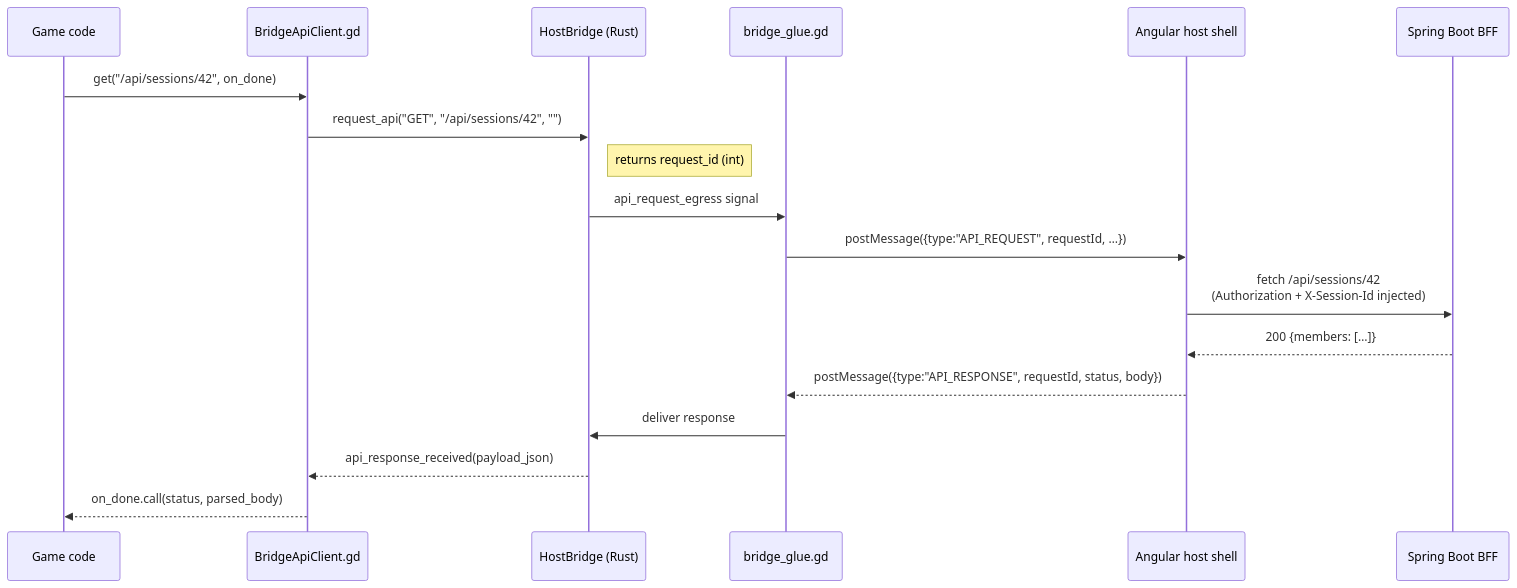
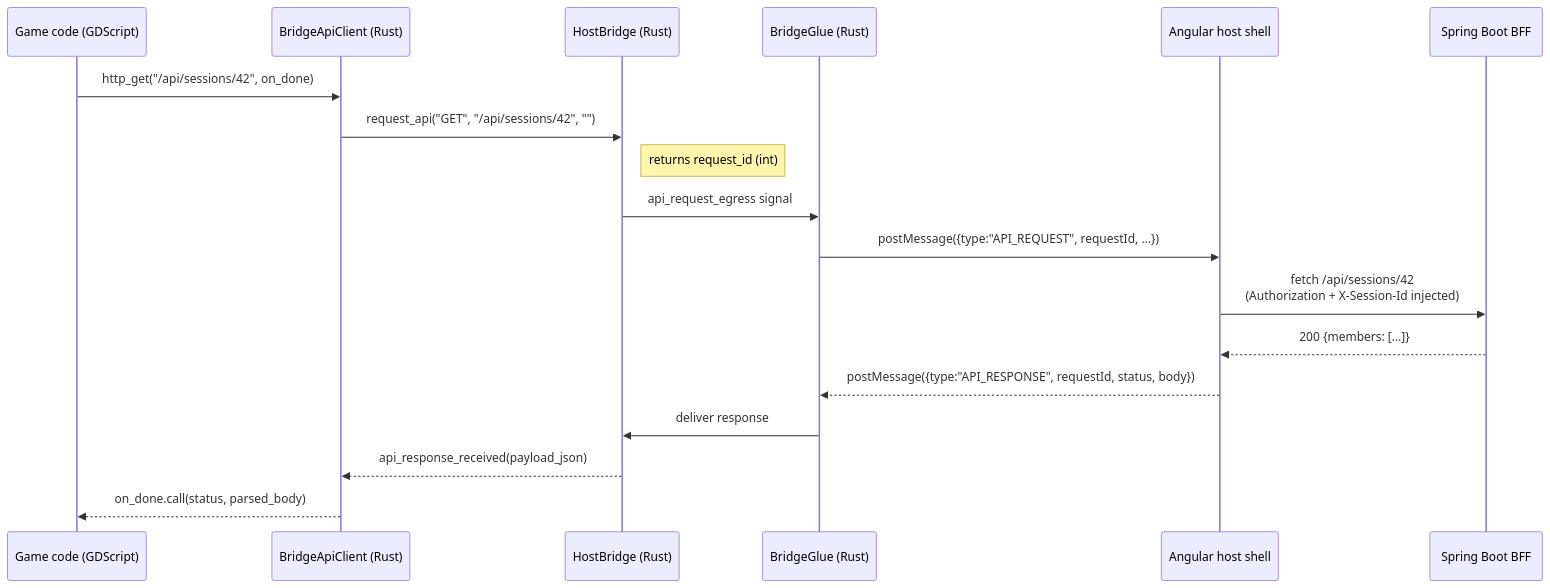
Before and after one commit to hugmesh/hugmesh-games: the diagram in extensions/snapdragon-bridge/addons/snapdragon_bridge/README.md, drawn with Mermaid. The commit also changed other lines of this file and 18 other files, not shown here.

First line of the commit message:
docs+fixes: comprehensive refresh (README/status/diagrams/TODOs) + dead code cleanup + issue fixes (#121)

````diff
--- a/extensions/snapdragon-bridge/addons/snapdragon_bridge/README.md
+++ b/extensions/snapdragon-bridge/addons/snapdragon_bridge/README.md
@@ -42,21 +51,21 @@
 ```mermaid
 sequenceDiagram
-    participant Game as Game code
-    participant BAC as BridgeApiClient.gd
+    participant Game as Game code (GDScript)
+    participant BAC as BridgeApiClient (Rust)
     participant HB as HostBridge (Rust)
-    participant BG as bridge_glue.gd
+    participant BG as BridgeGlue (Rust)
     participant Shell as Angular host shell
     participant BFF as Spring Boot BFF
 
-    Game->>BAC: get("/api/sessions/42", on_done)
+    Game->>BAC: http_get("/api/sessions/42", on_done)
     BAC->>HB: request_api("GET", "/api/sessions/42", "")
     Note right of HB: returns request_id (int)
     HB->>BG: api_request_egress signal
     BG->>Shell: postMessage({type:"API_REQUEST", requestId, …})
     Shell->>BFF: fetch /api/sessions/42<br/>(Authorization + X-Session-Id injected)
     BFF-->>Shell: 200 {members: […]}
     Shell-->>BG: postMessage({type:"API_RESPONSE", requestId, status, body})
     BG->>HB: deliver response
     HB-->>BAC: api_response_received(payload_json)
     BAC-->>Game: on_done.call(status, parsed_body)
 ```
````
